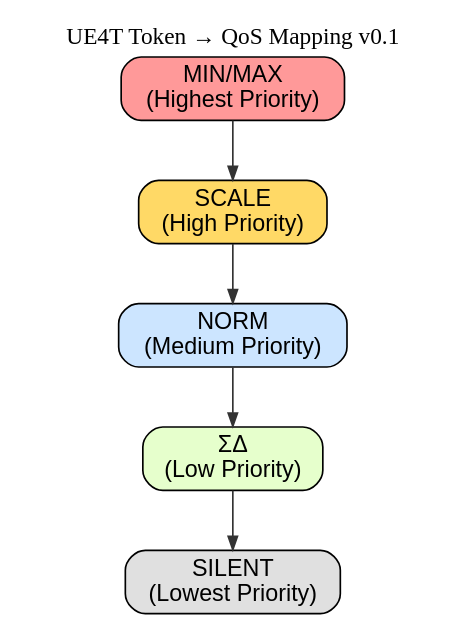
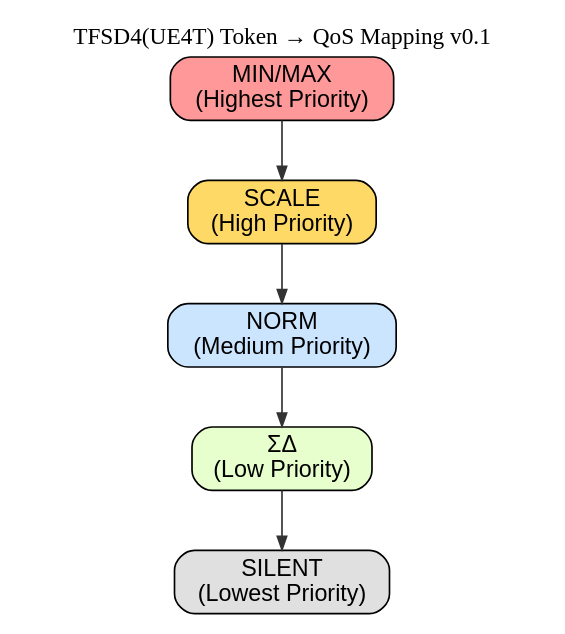
The diagram in docs/ue4t_nmc/diagrams/nmc_token_qos.dot (trustfarm/TFSDxr-Neuron-Quantization), drawn with Graphviz before and after one commit. The commit also changed 24 other files, not shown here.

Commit message:
Updates TFSD4 NeuroMorphic Architecture coding documents.

```diff
--- a/docs/ue4t_nmc/diagrams/nmc_token_qos.dot
+++ b/docs/ue4t_nmc/diagrams/nmc_token_qos.dot
@@ -1,16 +1,16 @@
 digraph NMC_QOS {
-  label = "UE4T Token → QoS Mapping v0.1";
+  label = "TFSD4(UE4T) Token → QoS Mapping v0.1";
   labelloc = "t";
 
   rankdir=TB;
   node [shape=box, style="rounded,filled", fontname="Helvetica"];
   edge [color="#333333", arrowsize=0.8];
 
   minmax [label="MIN/MAX\n(Highest Priority)", fillcolor="#FF9999"];
   scale [label="SCALE\n(High Priority)", fillcolor="#FFD966"];
   norm [label="NORM\n(Medium Priority)", fillcolor="#CCE5FF"];
   sd [label="ΣΔ\n(Low Priority)", fillcolor="#E6FFCC"];
   silent [label="SILENT\n(Lowest Priority)", fillcolor="#E0E0E0"];
 
   minmax -> scale -> norm -> sd -> silent;
 }
```
